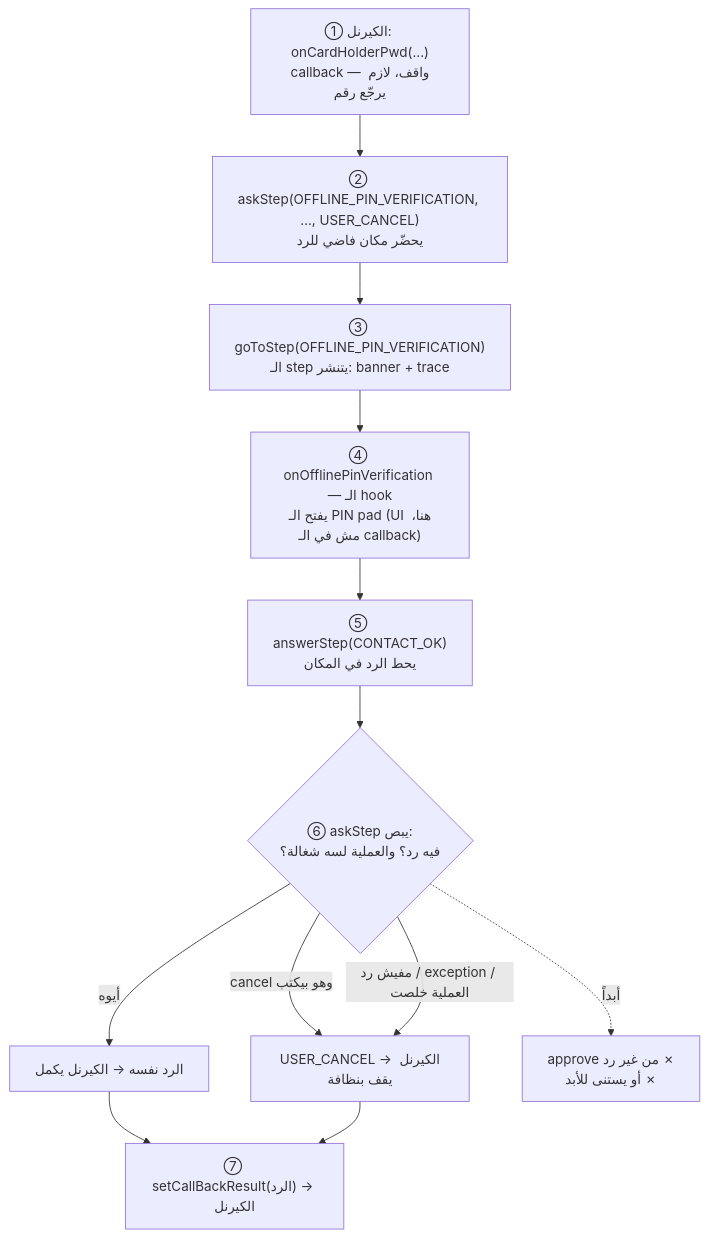
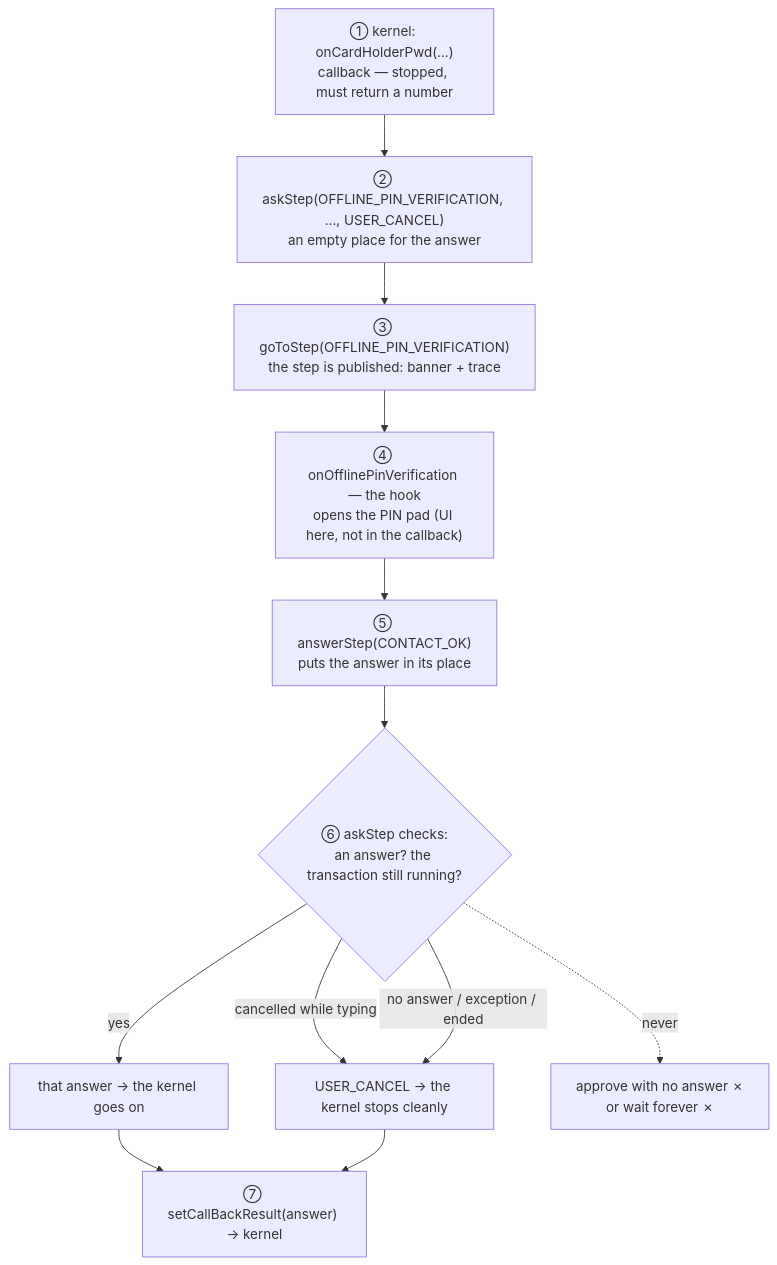
The sixth of 11 diagrams in doc/REFERENCE.md (berothomas33/esaylinkrefactor), drawn with Mermaid before and after one commit. The commit also changed other lines of this file, not shown here.

````diff
--- a/doc/REFERENCE.md
+++ b/doc/REFERENCE.md
@@ -683,14 +705,14 @@
 ```mermaid
 flowchart TD
-  K["① الكيرنل: onCardHolderPwd(...)<br/>callback — واقف، لازم يرجّع رقم"]
-  K --> A["② askStep(OFFLINE_PIN_VERIFICATION, …, USER_CANCEL)<br/>يحضّر مكان فاضي للرد"]
-  A --> G["③ goToStep(OFFLINE_PIN_VERIFICATION)<br/>الـ step يتنشر: banner + trace"]
-  G --> H["④ onOfflinePinVerification — الـ hook<br/>يفتح الـ PIN pad (UI هنا، مش في الـ callback)"]
-  H --> ANS["⑤ answerStep(CONTACT_OK)<br/>يحط الرد في المكان"]
-  ANS --> CHK{"⑥ askStep يبص:<br/>فيه رد؟ والعملية لسه شغالة؟"}
-  CHK -- "أيوه" --> OK["الرد نفسه → الكيرنل يكمل"]
-  CHK -- "cancel وهو بيكتب" --> UC["USER_CANCEL → الكيرنل يقف بنظافة"]
-  CHK -- "مفيش رد / exception / العملية خلصت" --> UC
-  CHK -. "أبداً" .-> NEVER["approve من غير رد ✗<br/>أو يستنى للأبد ✗"]
-  OK & UC --> R["⑦ setCallBackResult(الرد) → الكيرنل"]
+  K["① kernel: onCardHolderPwd(...)<br/>callback — stopped, must return a number"]
+  K --> A["② askStep(OFFLINE_PIN_VERIFICATION, …, USER_CANCEL)<br/>an empty place for the answer"]
+  A --> G["③ goToStep(OFFLINE_PIN_VERIFICATION)<br/>the step is published: banner + trace"]
+  G --> H["④ onOfflinePinVerification — the hook<br/>opens the PIN pad (UI here, not in the callback)"]
+  H --> ANS["⑤ answerStep(CONTACT_OK)<br/>puts the answer in its place"]
+  ANS --> CHK{"⑥ askStep checks:<br/>an answer? the transaction still running?"}
+  CHK -- "yes" --> OK["that answer → the kernel goes on"]
+  CHK -- "cancelled while typing" --> UC["USER_CANCEL → the kernel stops cleanly"]
+  CHK -- "no answer / exception / ended" --> UC
+  CHK -. "never" .-> NEVER["approve with no answer ✗<br/>or wait forever ✗"]
+  OK & UC --> R["⑦ setCallBackResult(answer) → kernel"]
 ```
````
